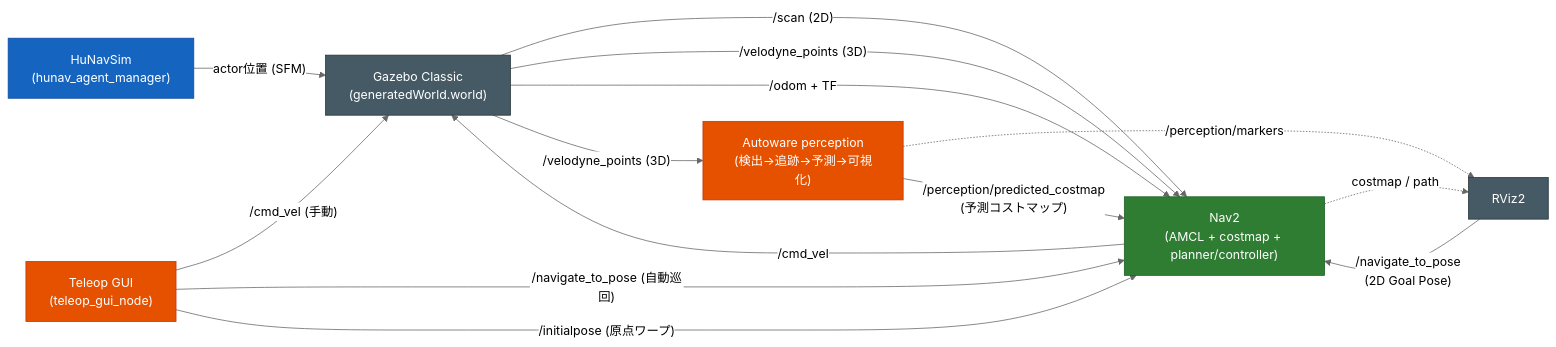
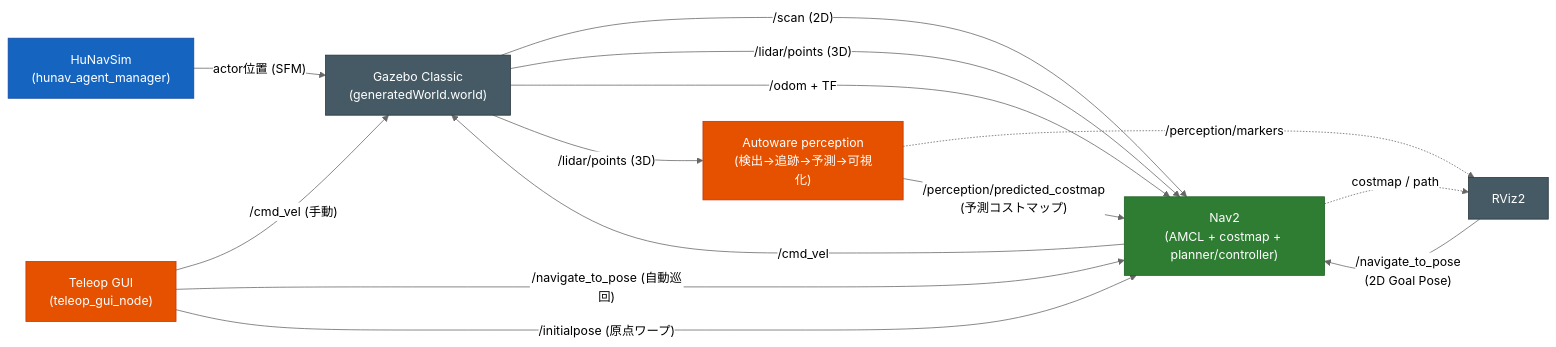
One commit to sato-susumu/susumu_object_perception changed the first of 6 diagrams in docs/software_design.md. Above: the diagram before and after it, drawn with Mermaid (neutral theme). The commit also changed other lines of this file and 66 other files, not shown here.

````diff
--- a/docs/software_design.md
+++ b/docs/software_design.md
@@ -39,21 +39,21 @@
 ```mermaid
 flowchart LR
     HUNAV["HuNavSim<br/>(hunav_agent_manager)"]:::hd -- "actor位置 (SFM)" --> GZ
     GZ["Gazebo Classic<br/>(generatedWorld.world)"]:::ext -- "/scan (2D)" --> NAV2
-    GZ -- "/velodyne_points (3D)" --> NAV2
+    GZ -- "/lidar/points (3D)" --> NAV2
     GZ -- "/odom + TF" --> NAV2
     NAV2["Nav2<br/>(AMCL + costmap + planner/controller)"]:::aw -- "/cmd_vel" --> GZ
     RVIZ["RViz2"]:::ext -- "/navigate_to_pose<br/>(2D Goal Pose)" --> NAV2
     GUI["Teleop GUI<br/>(teleop_gui_node)"]:::own -- "/cmd_vel (手動)" --> GZ
     GUI -- "/navigate_to_pose (自動巡回)" --> NAV2
     GUI -- "/initialpose (原点ワープ)" --> NAV2
     NAV2 -. "costmap / path" .-> RVIZ
-    GZ -- "/velodyne_points (3D)" --> AWP
+    GZ -- "/lidar/points (3D)" --> AWP
     AWP["Autoware perception<br/>(検出→追跡→予測→可視化)"]:::own -. "/perception/markers" .-> RVIZ
     AWP -- "/perception/predicted_costmap<br/>(予測コストマップ)" --> NAV2
 
     classDef aw fill:#2e7d32,stroke:#1b5e20,color:#fff;
     classDef own fill:#e65100,stroke:#bf360c,color:#fff;
     classDef hd fill:#1565c0,stroke:#0d47a1,color:#fff;
     classDef ext fill:#455a64,stroke:#263238,color:#fff;
 ```
````
